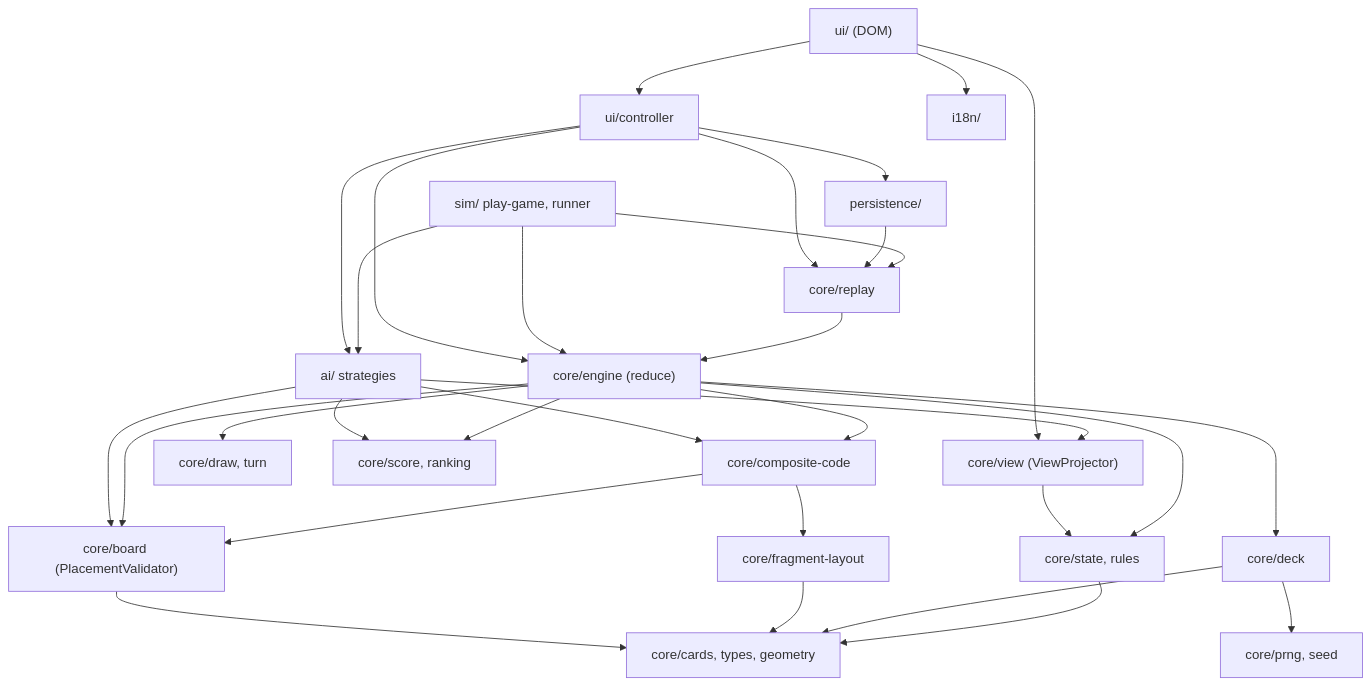
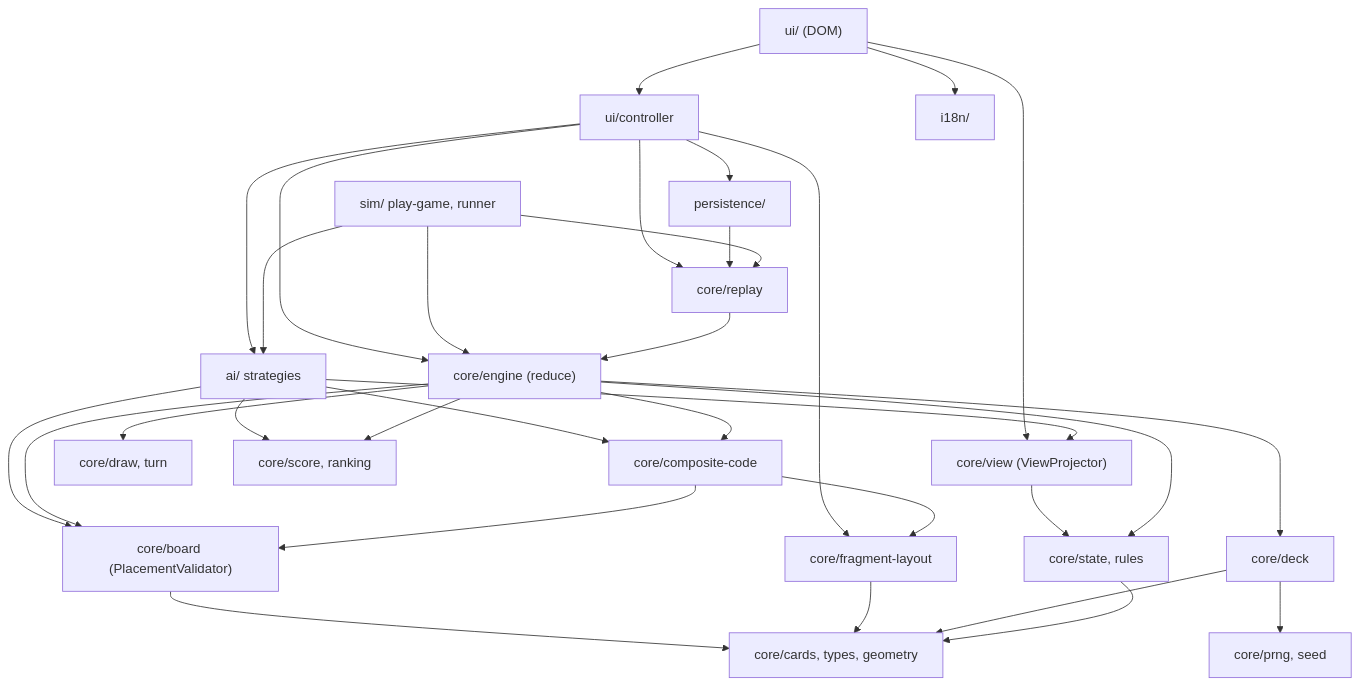
The first of 4 diagrams in .kiro/specs/qroker-playable-game/design.md (goalan70-eng/qroker-kiroween), drawn with Mermaid before and after one commit. The commit also changed other lines of this file and 2 other files, not shown here.

````diff
--- a/.kiro/specs/qroker-playable-game/design.md
+++ b/.kiro/specs/qroker-playable-game/design.md
@@ -64,52 +66,53 @@
 ```mermaid
 graph TD
     UI["ui/ (DOM)"]
     CTRL["ui/controller"]
     PERS["persistence/"]
     I18N["i18n/"]
     AI["ai/ strategies"]
     SIM["sim/ play-game, runner"]
     VIEW["core/view (ViewProjector)"]
     ENG["core/engine (reduce)"]
     ST["core/state, rules"]
     CCD["core/composite-code"]
     FL["core/fragment-layout"]
     BRD["core/board (PlacementValidator)"]
     DRW["core/draw, turn"]
     SCO["core/score, ranking"]
     DCK["core/deck"]
     PRNG["core/prng, seed"]
     CARD["core/cards, types, geometry"]
     REP["core/replay"]
 
     UI --> CTRL
     UI --> I18N
     UI --> VIEW
     CTRL --> ENG
     CTRL --> AI
     CTRL --> PERS
     CTRL --> REP
+    CTRL --> FL
     PERS --> REP
     SIM --> ENG
     SIM --> AI
     SIM --> REP
     AI --> VIEW
     AI --> BRD
     AI --> CCD
     AI --> SCO
     VIEW --> ST
     ENG --> ST
     ENG --> CCD
     ENG --> BRD
     ENG --> DRW
     ENG --> SCO
     ENG --> DCK
     REP --> ENG
     CCD --> FL
     CCD --> BRD
     BRD --> CARD
     FL --> CARD
     DCK --> PRNG
     DCK --> CARD
     ST --> CARD
 ```
````
